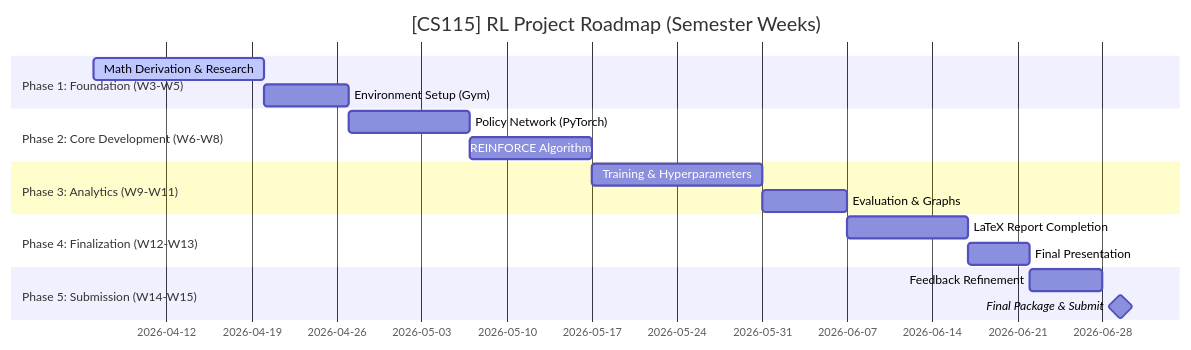
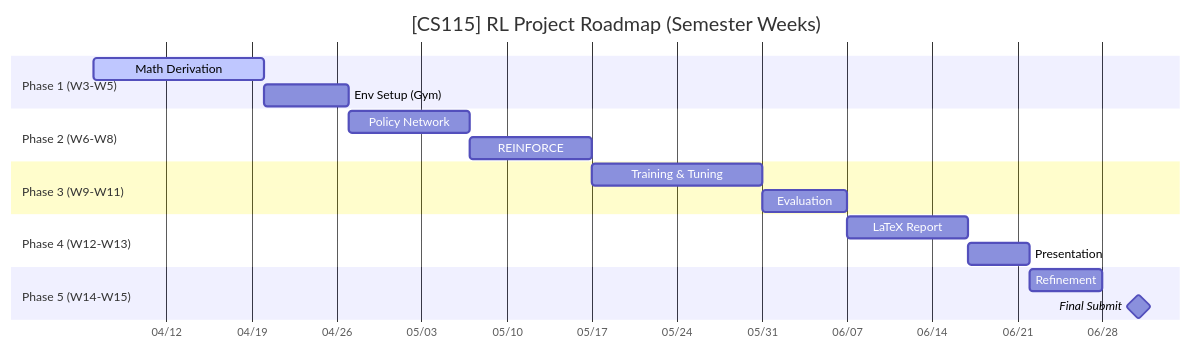
The diagram in README.md (uit-25730067-chithanh/CS115-Team05-PG), drawn with Mermaid before and after one commit. The commit also changed other lines of this file and 1 other file, not shown here.

````diff
--- a/README.md
+++ b/README.md
@@ -25,20 +25,27 @@
 ```mermaid
 gantt
     title [CS115] RL Project Roadmap (Semester Weeks)
     dateFormat  YYYY-MM-DD
-    section Phase 1: Foundation (W3-W5)
-    Math Derivation & Research  :active, des1, 2026-04-06, 14d
-    Environment Setup (Gym)      :des2, after des1, 7d
-    section Phase 2: Core Development (W6-W8)
-    Policy Network (PyTorch)    :des3, after des2, 10d
-    REINFORCE Algorithm         :des4, after des3, 10d
-    section Phase 3: Analytics (W9-W11)
-    Training & Hyperparameters  :des5, after des4, 14d
-    Evaluation & Graphs         :des6, after des5, 7d
-    section Phase 4: Finalization (W12-W13)
-    LaTeX Report Completion     :des7, after des6, 10d
-    Final Presentation          :des8, after des7, 5d
-    section Phase 5: Submission (W14-W15)
-    Feedback Refinement         :des9, after des8, 6d
-    Final Package & Submit      :milestone, des10, after des9, 2026-07-01
+    tickInterval 1w
+    axisFormat  %m/%d
+
+    section Phase 1 (W3-W5)
+    Math Derivation             :active, des1, 2026-04-06, 14d
+    Env Setup (Gym)             :des2, after des1, 7d
+
+    section Phase 2 (W6-W8)
+    Policy Network              :des3, after des2, 10d
+    REINFORCE                   :des4, after des3, 10d
+
+    section Phase 3 (W9-W11)
+    Training & Tuning           :des5, after des4, 14d
+    Evaluation                  :des6, after des5, 7d
+
+    section Phase 4 (W12-W13)
+    LaTeX Report                :des7, after des6, 10d
+    Presentation                :des8, after des7, 5d
+
+    section Phase 5 (W14-W15)
+    Refinement                  :des9, after des8, 6d
+    Final Submit                :milestone, des10, 2026-07-01, 0d
 ```
````
